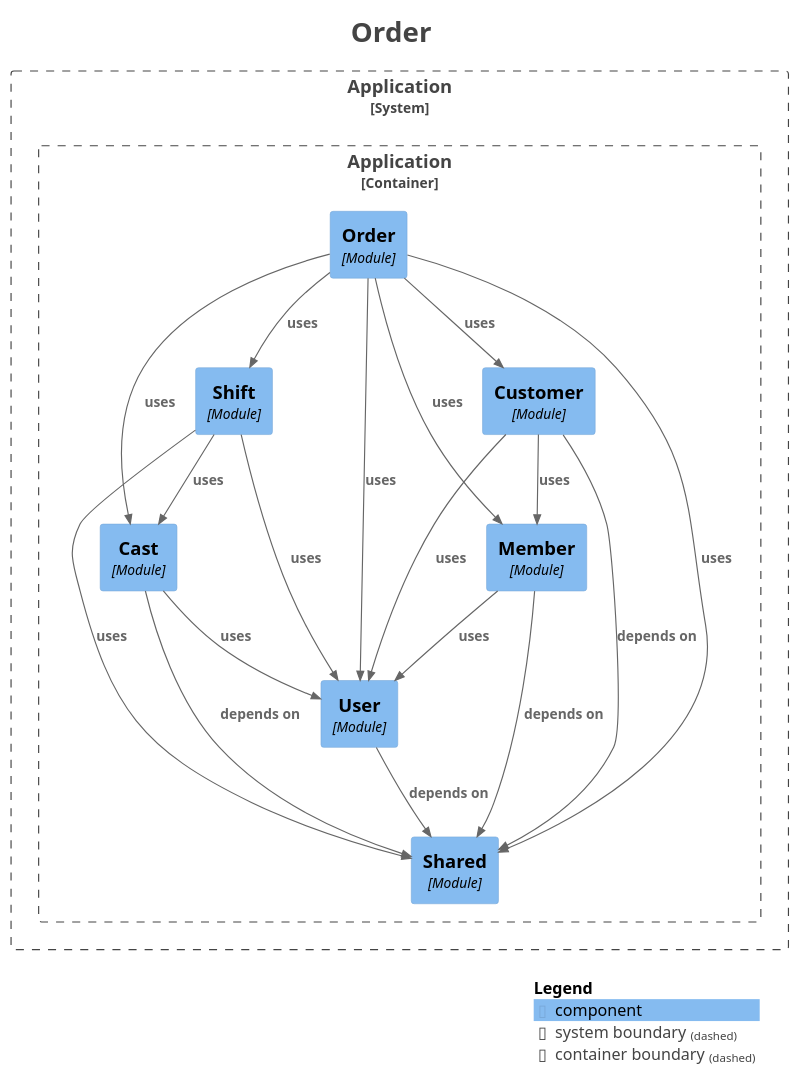
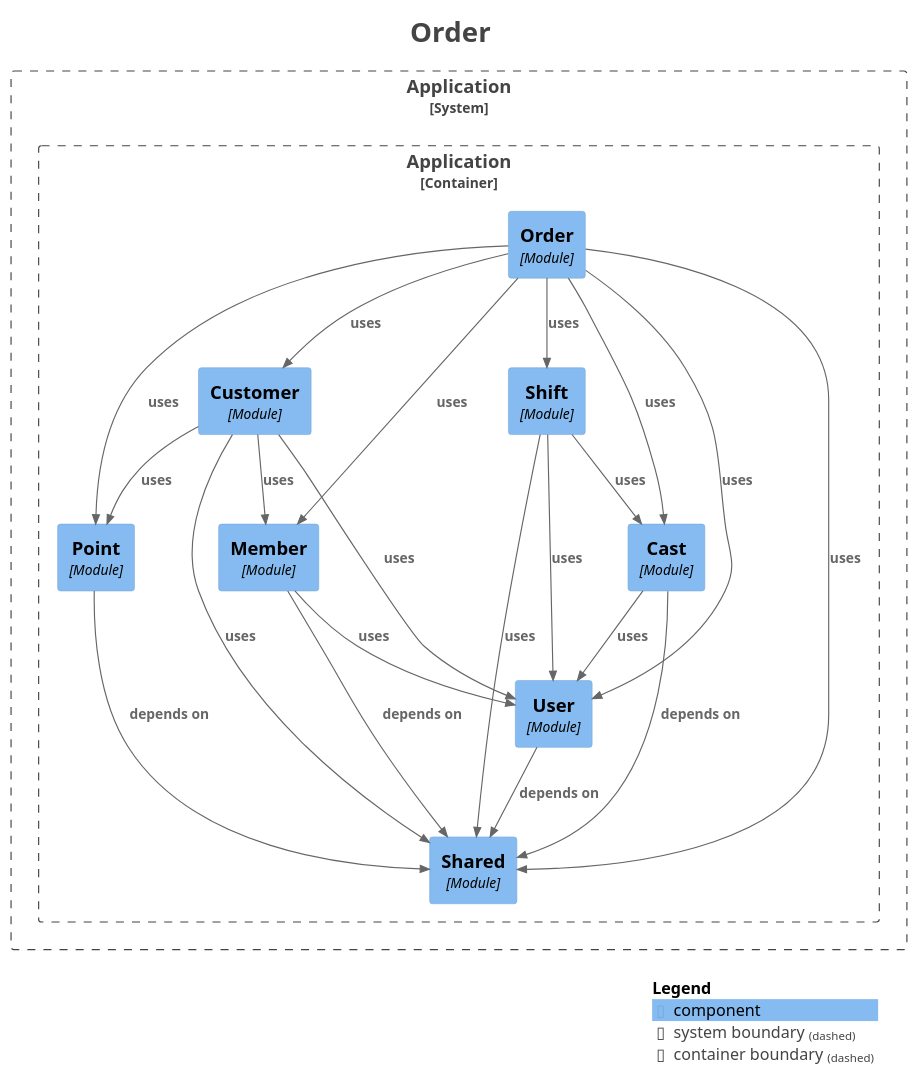
Before and after one commit to kanghouchao/Kizuna: the diagram in backend/docs/modulith/module-order.puml, drawn with PlantUML. The commit also changed 93 other files, not shown here.

```diff
--- a/backend/docs/modulith/module-order.puml
+++ b/backend/docs/modulith/module-order.puml
@@ -1,51 +1,55 @@
 @startuml
 title <size:24>Order</size>
 
 set separator none
 top to bottom direction
 
 <style>
   root {
     BackgroundColor: #ffffff
     FontColor: #444444
   }
 </style>
 
 !include <C4/C4>
 !include <C4/C4_Context>
 !include <C4/C4_Component>
 
 System_Boundary("Application_boundary", "Application", $tags="") {
   Container_Boundary("Application.Application_boundary", "Application", $tags="") {
+    Component(Application.Application.Point, "Point", $techn="Module", $descr="", $tags="", $link="")
     Component(Application.Application.Cast, "Cast", $techn="Module", $descr="", $tags="", $link="")
     Component(Application.Application.Customer, "Customer", $techn="Module", $descr="", $tags="", $link="")
     Component(Application.Application.Shift, "Shift", $techn="Module", $descr="", $tags="", $link="")
     Component(Application.Application.Order, "Order", $techn="Module", $descr="", $tags="", $link="")
     Component(Application.Application.Shared, "Shared", $techn="Module", $descr="", $tags="", $link="")
     Component(Application.Application.User, "User", $techn="Module", $descr="", $tags="", $link="")
     Component(Application.Application.Member, "Member", $techn="Module", $descr="", $tags="", $link="")
   }
 
 }
 
-Rel(Application.Application.User, Application.Application.Shared, "depends on", $techn="", $tags="", $link="")
 Rel(Application.Application.Shift, Application.Application.User, "uses", $techn="", $tags="", $link="")
 Rel(Application.Application.Shift, Application.Application.Cast, "uses", $techn="", $tags="", $link="")
 Rel(Application.Application.Shift, Application.Application.Shared, "uses", $techn="", $tags="", $link="")
-Rel(Application.Application.Customer, Application.Application.Shared, "depends on", $techn="", $tags="", $link="")
+Rel(Application.Application.Point, Application.Application.Shared, "depends on", $techn="", $tags="", $link="")
+Rel(Application.Application.User, Application.Application.Shared, "depends on", $techn="", $tags="", $link="")
 Rel(Application.Application.Customer, Application.Application.Member, "uses", $techn="", $tags="", $link="")
 Rel(Application.Application.Customer, Application.Application.User, "uses", $techn="", $tags="", $link="")
+Rel(Application.Application.Customer, Application.Application.Point, "uses", $techn="", $tags="", $link="")
+Rel(Application.Application.Customer, Application.Application.Shared, "uses", $techn="", $tags="", $link="")
+Rel(Application.Application.Member, Application.Application.Shared, "depends on", $techn="", $tags="", $link="")
+Rel(Application.Application.Member, Application.Application.User, "uses", $techn="", $tags="", $link="")
 Rel(Application.Application.Cast, Application.Application.Shared, "depends on", $techn="", $tags="", $link="")
 Rel(Application.Application.Cast, Application.Application.User, "uses", $techn="", $tags="", $link="")
-Rel(Application.Application.Order, Application.Application.Cast, "uses", $techn="", $tags="", $link="")
 Rel(Application.Application.Order, Application.Application.Customer, "uses", $techn="", $tags="", $link="")
 Rel(Application.Application.Order, Application.Application.User, "uses", $techn="", $tags="", $link="")
 Rel(Application.Application.Order, Application.Application.Member, "uses", $techn="", $tags="", $link="")
 Rel(Application.Application.Order, Application.Application.Shift, "uses", $techn="", $tags="", $link="")
 Rel(Application.Application.Order, Application.Application.Shared, "uses", $techn="", $tags="", $link="")
-Rel(Application.Application.Member, Application.Application.Shared, "depends on", $techn="", $tags="", $link="")
-Rel(Application.Application.Member, Application.Application.User, "uses", $techn="", $tags="", $link="")
+Rel(Application.Application.Order, Application.Application.Cast, "uses", $techn="", $tags="", $link="")
+Rel(Application.Application.Order, Application.Application.Point, "uses", $techn="", $tags="", $link="")
 
 SHOW_LEGEND(true)
 hide stereotypes
 @enduml
```
